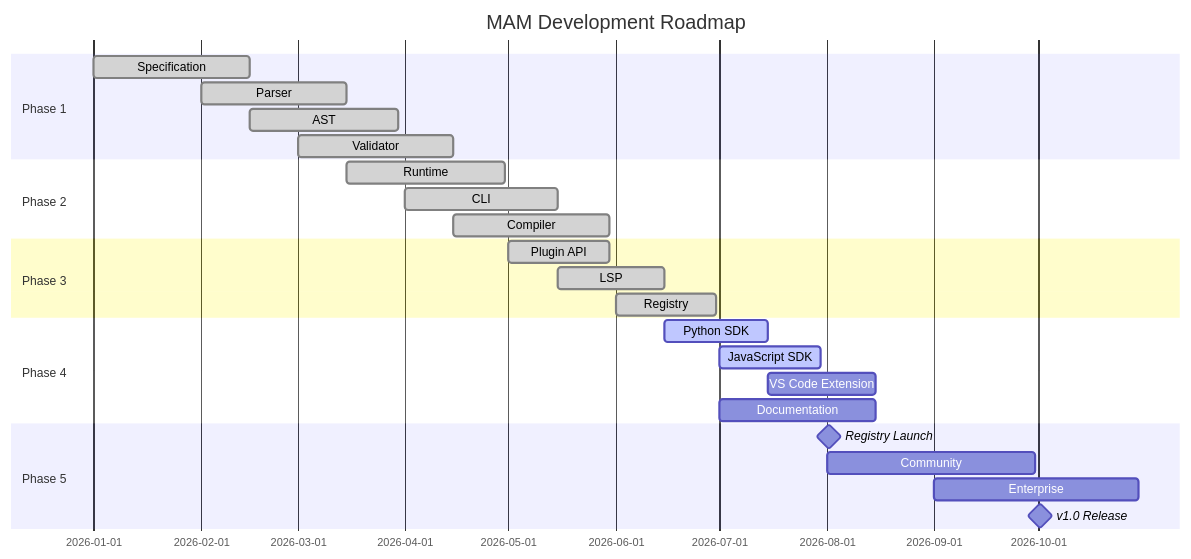
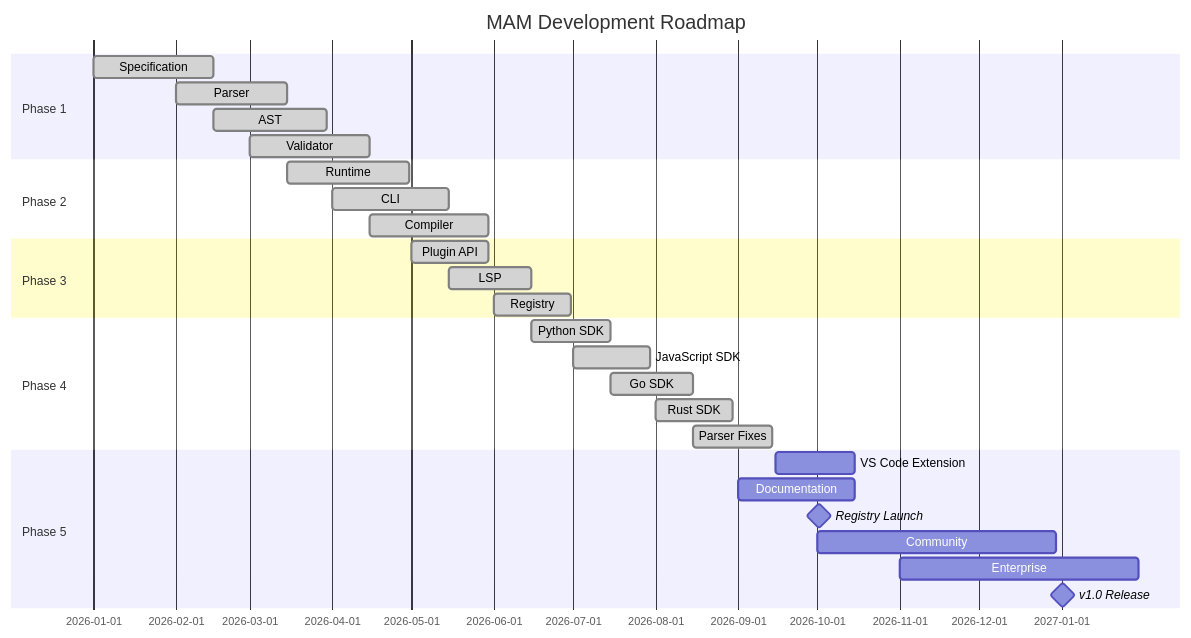
One commit to tcp-ecosystem/MAM changed the eighth of 8 diagrams in goal.md. Above: the diagram before and after it, drawn with Mermaid. The commit also changed other lines of this file and 232 other files, not shown here.

````diff
--- a/goal.md
+++ b/goal.md
@@ -233,28 +237,31 @@
 ```mermaid
 gantt
     title MAM Development Roadmap
     dateFormat  YYYY-MM-DD
     section Phase 1
     Specification           :done, spec, 2026-01-01, 2026-02-15
     Parser                  :done, parser, 2026-02-01, 2026-03-15
     AST                     :done, ast, 2026-02-15, 2026-03-30
     Validator               :done, validator, 2026-03-01, 2026-04-15
     section Phase 2
     Runtime                 :done, runtime, 2026-03-15, 2026-04-30
     CLI                     :done, cli, 2026-04-01, 2026-05-15
     Compiler                :done, compiler, 2026-04-15, 2026-05-30
     section Phase 3
     Plugin API              :done, plugins, 2026-05-01, 2026-05-30
     LSP                     :done, lsp, 2026-05-15, 2026-06-15
     Registry                :done, registry, 2026-06-01, 2026-06-30
     section Phase 4
-    Python SDK              :active, py-sdk, 2026-06-15, 2026-07-15
-    JavaScript SDK          :active, js-sdk, 2026-07-01, 2026-07-30
-    VS Code Extension       :vscode, 2026-07-15, 2026-08-15
-    Documentation           :docs, 2026-07-01, 2026-08-15
+    Python SDK              :done, py-sdk, 2026-06-15, 2026-07-15
+    JavaScript SDK          :done, js-sdk, 2026-07-01, 2026-07-30
+    Go SDK                  :done, go-sdk, 2026-07-15, 2026-08-15
+    Rust SDK                :done, rust-sdk, 2026-08-01, 2026-08-30
+    Parser Fixes            :done, parser-fixes, 2026-08-15, 2026-09-14
     section Phase 5
-    Registry Launch         :milestone, reg, 2026-08-01, 1d
-    Community               :community, 2026-08-01, 2026-09-30
-    Enterprise              :enterprise, 2026-09-01, 2026-10-30
-    v1.0 Release            :milestone, v1, 2026-10-01, 1d
+    VS Code Extension       :vscode, 2026-09-15, 2026-10-15
+    Documentation           :docs, 2026-09-01, 2026-10-15
+    Registry Launch         :milestone, reg, 2026-10-01, 1d
+    Community               :community, 2026-10-01, 2026-12-30
+    Enterprise              :enterprise, 2026-11-01, 2027-01-30
+    v1.0 Release            :milestone, v1, 2027-01-01, 1d
 ```
````
